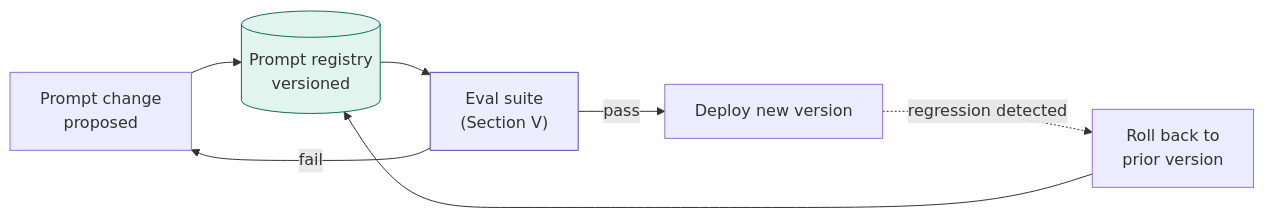
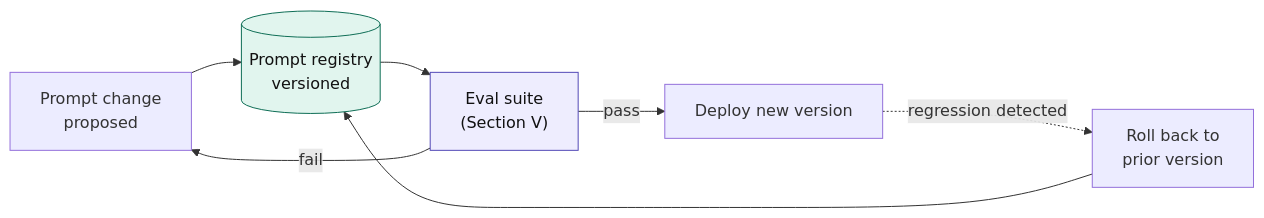
One commit to kkadapa/ai-architecture-primer changed the second of 3 diagrams in sections/04-platform-capabilities.md. Above: the diagram before and after it, drawn with Mermaid. The commit also changed other lines of this file and 6 other files, not shown here.

First line of the commit message:
Fix Mermaid dark-mode contrast and add diagram previews to README

````diff
--- a/sections/04-platform-capabilities.md
+++ b/sections/04-platform-capabilities.md
@@ -44,12 +44,12 @@
 ```mermaid
 flowchart LR
     DEV["Prompt change\nproposed"] --> REG[("Prompt registry\nversioned")]
     REG --> TEST["Eval suite\n(Section V)"]
     TEST -->|"pass"| DEPLOY["Deploy new version"]
     TEST -->|"fail"| DEV
     DEPLOY -.->|"regression detected"| ROLLBACK["Roll back to\nprior version"]
     ROLLBACK --> REG
 
-    style REG fill:#E1F5EE,stroke:#0F6E56,stroke-width:1px
-    style TEST fill:#EEEDFE,stroke:#534AB7,stroke-width:1px
+    style REG fill:#E1F5EE,stroke:#0F6E56,stroke-width:1px,color:#111111
+    style TEST fill:#EEEDFE,stroke:#534AB7,stroke-width:1px,color:#111111
 ```
````
